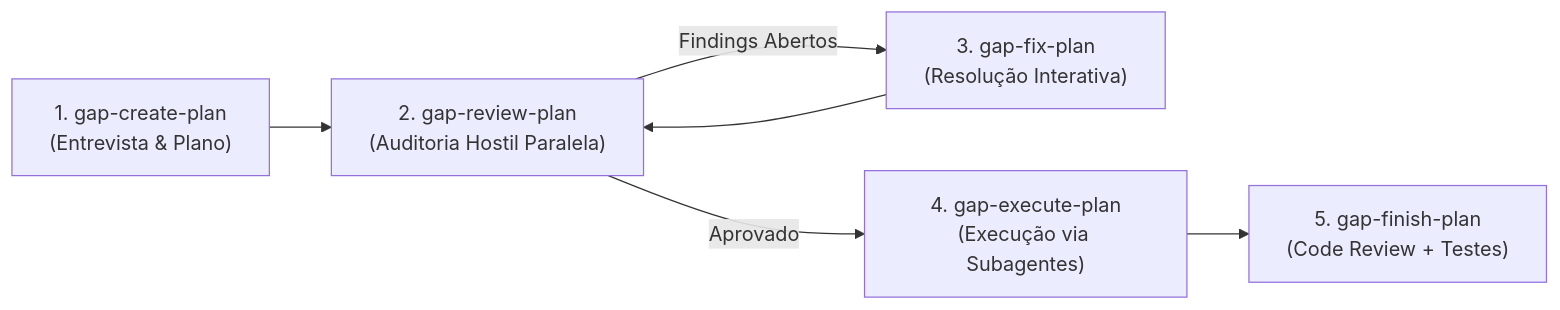
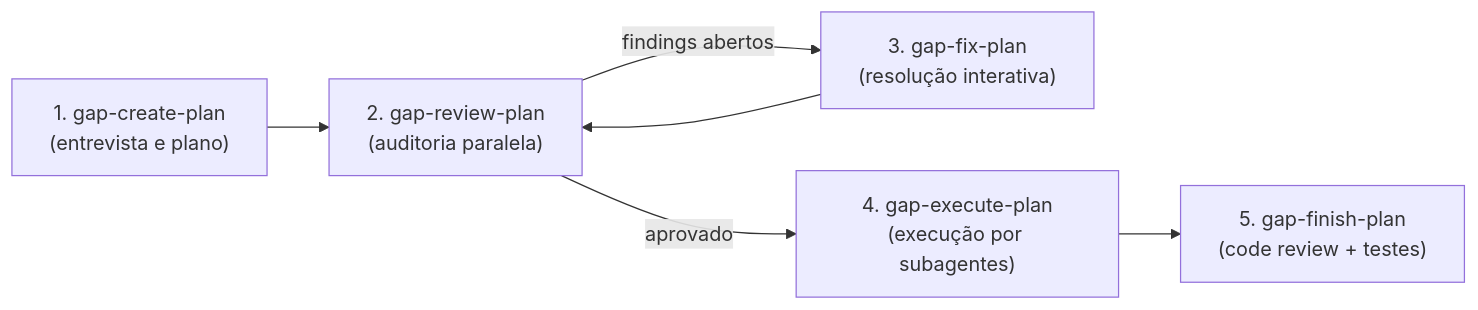
The diagram in README.md (Gustavo-Piccoli/Gap.AI-Toolkit), drawn with Mermaid before and after one commit. The commit also changed other lines of this file and 1 other file, not shown here.

````diff
--- a/README.md
+++ b/README.md
@@ -76,8 +45,8 @@
 ```mermaid
 flowchart LR
-    Create["1. gap-create-plan<br/>(Entrevista & Plano)"] --> Review["2. gap-review-plan<br/>(Auditoria Hostil Paralela)"]
-    Review -->|"Findings Abertos"| Fix["3. gap-fix-plan<br/>(Resolução Interativa)"]
+    Create["1. gap-create-plan<br/>(entrevista e plano)"] --> Review["2. gap-review-plan<br/>(auditoria paralela)"]
+    Review -->|"findings abertos"| Fix["3. gap-fix-plan<br/>(resolução interativa)"]
     Fix --> Review
-    Review -->|"Aprovado"| Execute["4. gap-execute-plan<br/>(Execução via Subagentes)"]
-    Execute --> Finish["5. gap-finish-plan<br/>(Code Review + Testes)"]
+    Review -->|"aprovado"| Execute["4. gap-execute-plan<br/>(execução por subagentes)"]
+    Execute --> Finish["5. gap-finish-plan<br/>(code review + testes)"]
 ```
````
